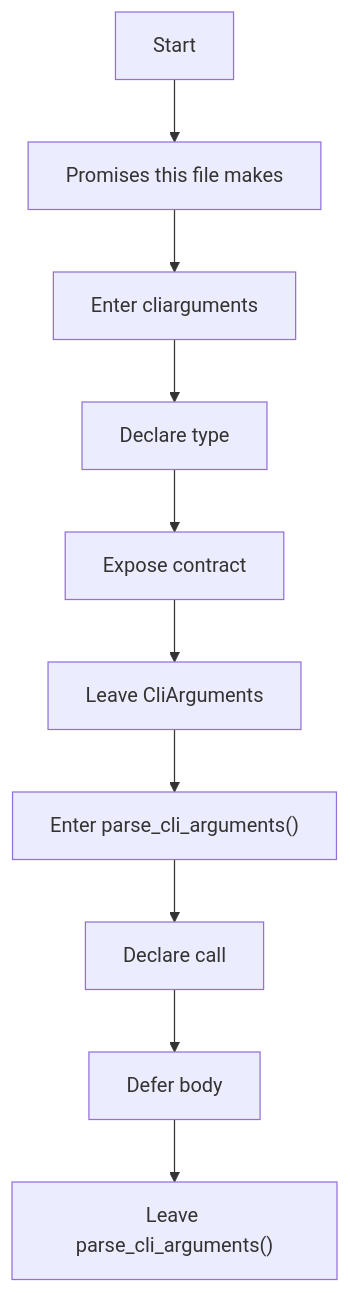
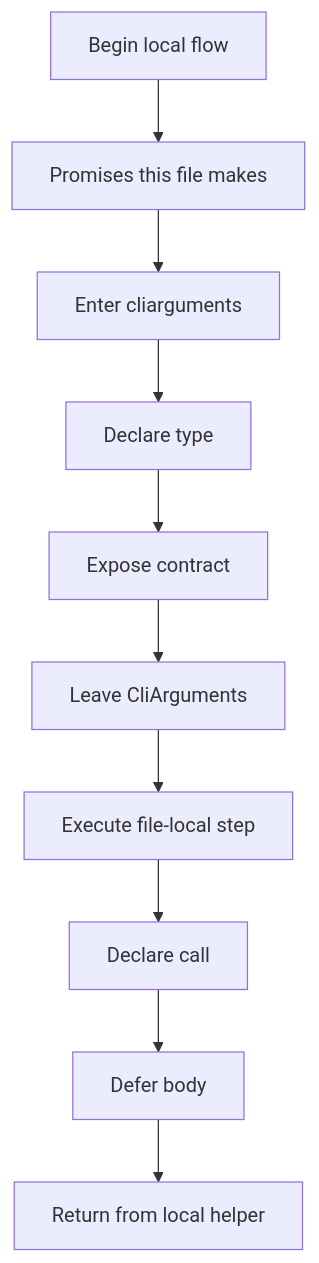
The first of 4 diagrams in docs/Codebase/Microservice/Modules/Header/SyntacticBrokenAST/Analysis/Input/cli_arguments.hpp.md (JohnAndrewBalbarosa/NeoTerritory), drawn with Mermaid before and after one commit. The commit also changed other lines of this file and 915 other files, not shown here.

````diff
--- a/docs/Codebase/Microservice/Modules/Header/SyntacticBrokenAST/Analysis/Input/cli_arguments.hpp.md
+++ b/docs/Codebase/Microservice/Modules/Header/SyntacticBrokenAST/Analysis/Input/cli_arguments.hpp.md
@@ -30,22 +29,22 @@
 ```mermaid
 flowchart TD
-    N0["Start"]
+    N0["Begin local flow"]
     N1["Promises this file makes"]
     N2["Enter cliarguments"]
     N3["Declare type"]
     N4["Expose contract"]
     N5["Leave CliArguments"]
-    N6["Enter parse_cli_arguments()"]
+    N6["Execute file-local step"]
     N7["Declare call"]
     N8["Defer body"]
-    N9["Leave parse_cli_arguments()"]
+    N9["Return from local helper"]
     N0 --> N1
     N1 --> N2
     N2 --> N3
     N3 --> N4
     N4 --> N5
     N5 --> N6
     N6 --> N7
     N7 --> N8
     N8 --> N9
 ```
````
